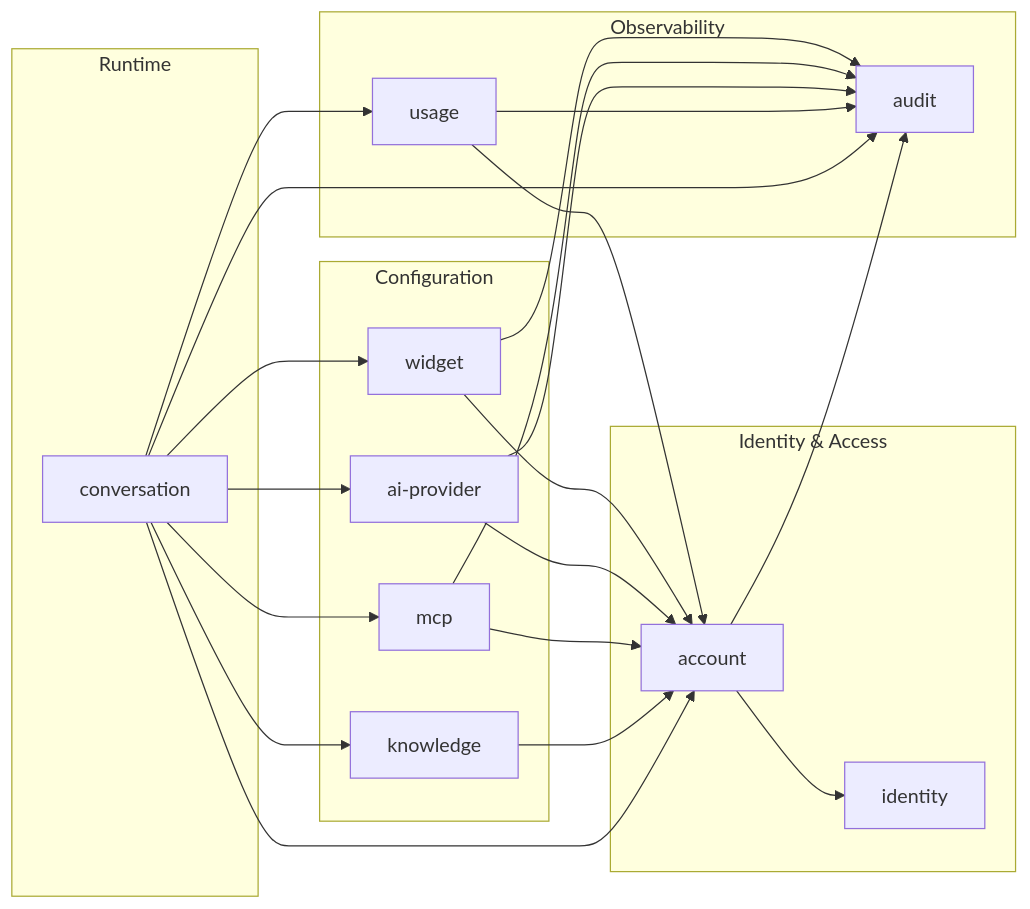
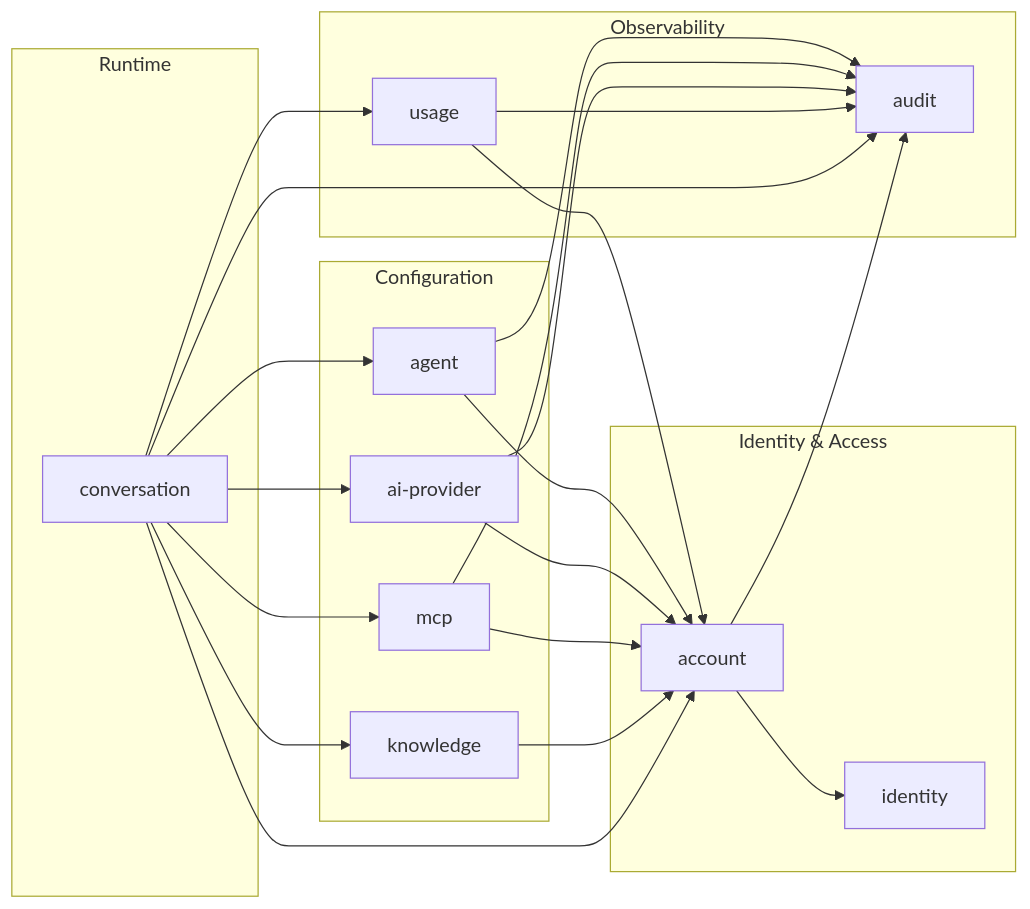
Before and after one commit to Talqo/talqo: the diagram in docs/architecture/module-diagram.md, drawn with Mermaid. The commit also changed other lines of this file and 3 other files, not shown here.

````diff
--- a/docs/architecture/module-diagram.md
+++ b/docs/architecture/module-diagram.md
@@ -9,45 +9,45 @@
 ```mermaid
 graph LR
     subgraph "Identity & Access"
         identity[identity]
         account[account]
     end
 
     subgraph "Configuration"
-        widget[widget]
+        agent[agent]
         ai_provider["ai-provider"]
         mcp[mcp]
         knowledge[knowledge]
     end
 
     subgraph "Runtime"
         conversation[conversation]
     end
 
     subgraph "Observability"
         usage[usage]
         audit[audit]
     end
 
     account --> identity
 
-    widget --> account
+    agent --> account
     ai_provider --> account
     mcp --> account
     knowledge --> account
     usage --> account
 
-    conversation --> widget
+    conversation --> agent
     conversation --> ai_provider
     conversation --> mcp
     conversation --> knowledge
     conversation --> usage
     conversation --> account
 
     account --> audit
-    widget --> audit
+    agent --> audit
     mcp --> audit
     ai_provider --> audit
     usage --> audit
     conversation --> audit
 ```
````
